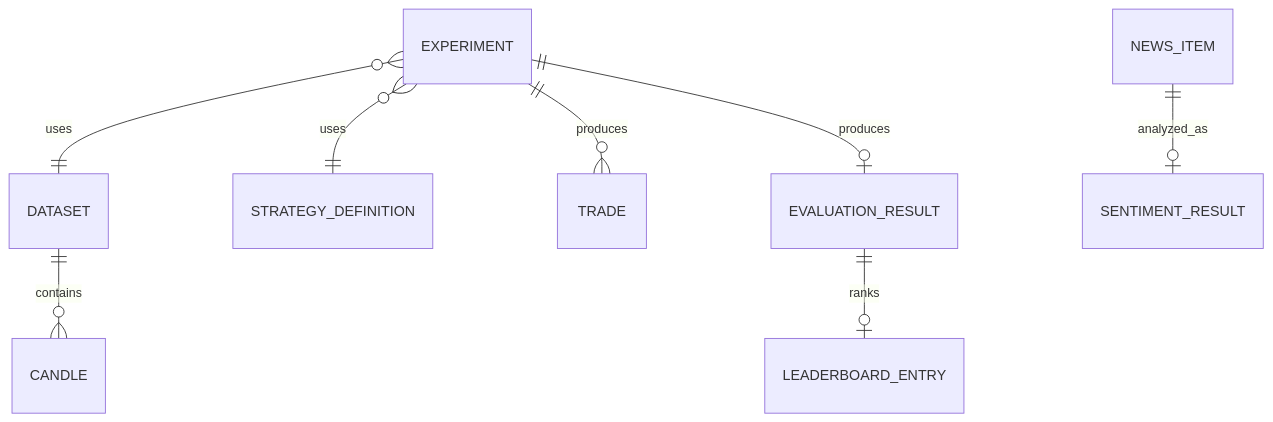
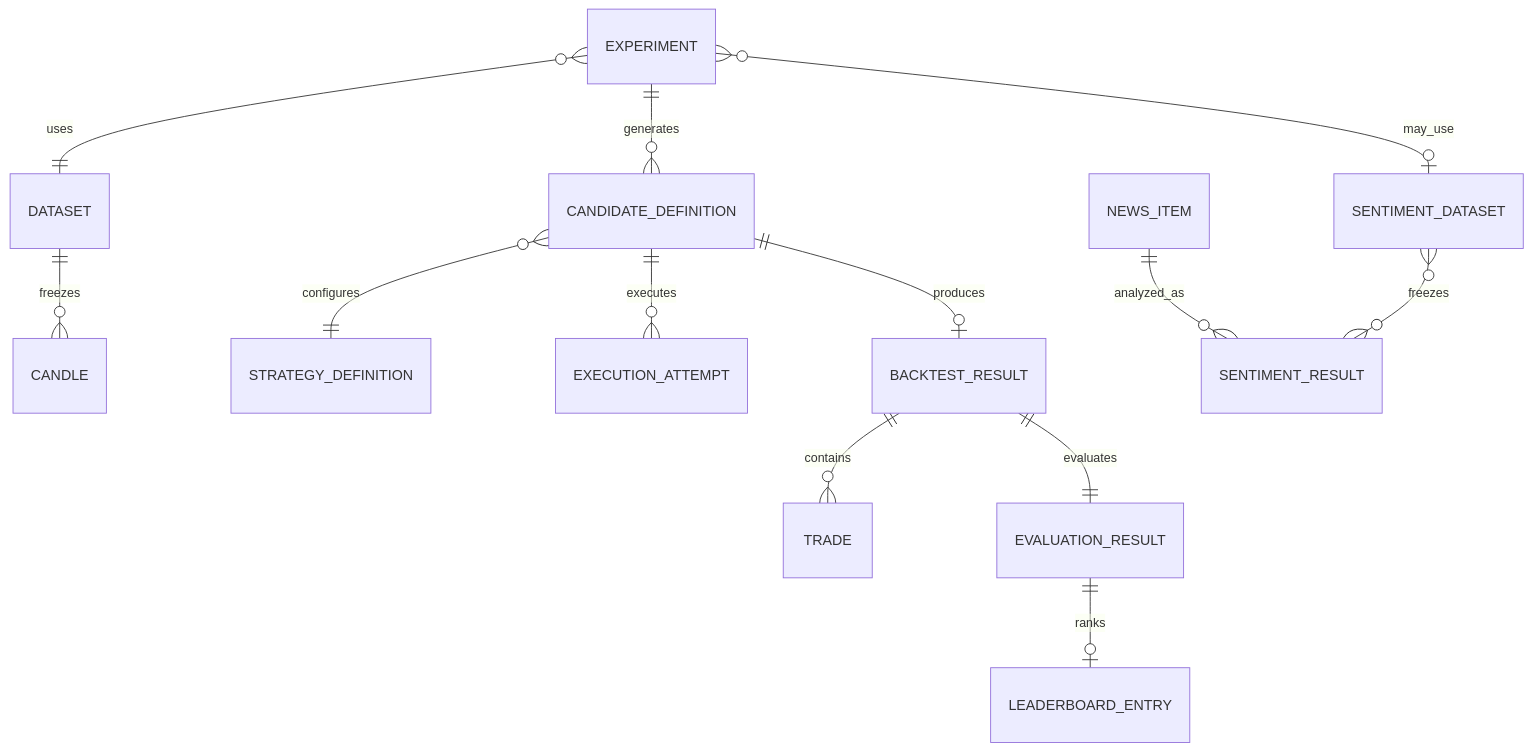
Before and after one commit to PhamVanMinhBinhThuan/crypto-strategy-platform: the diagram in docs/architecture/data-model-overview.md, drawn with Mermaid. The commit also changed other lines of this file and 31 other files, not shown here.

Commit message:
docs: complete architecture decisions and verification plan

````diff
--- a/docs/architecture/data-model-overview.md
+++ b/docs/architecture/data-model-overview.md
@@ -10,10 +11,15 @@
 ```mermaid
 erDiagram
-    DATASET ||--o{ CANDLE : contains
+    DATASET ||--o{ CANDLE : freezes
     EXPERIMENT }o--|| DATASET : uses
-    EXPERIMENT }o--|| STRATEGY_DEFINITION : uses
-    EXPERIMENT ||--o{ TRADE : produces
-    EXPERIMENT ||--o| EVALUATION_RESULT : produces
+    EXPERIMENT ||--o{ CANDIDATE_DEFINITION : generates
+    CANDIDATE_DEFINITION }o--|| STRATEGY_DEFINITION : configures
+    CANDIDATE_DEFINITION ||--o{ EXECUTION_ATTEMPT : executes
+    CANDIDATE_DEFINITION ||--o| BACKTEST_RESULT : produces
+    BACKTEST_RESULT ||--o{ TRADE : contains
+    BACKTEST_RESULT ||--|| EVALUATION_RESULT : evaluates
     EVALUATION_RESULT ||--o| LEADERBOARD_ENTRY : ranks
-    NEWS_ITEM ||--o| SENTIMENT_RESULT : analyzed_as
+    NEWS_ITEM ||--o{ SENTIMENT_RESULT : analyzed_as
+    EXPERIMENT }o--o| SENTIMENT_DATASET : may_use
+    SENTIMENT_DATASET }o--o{ SENTIMENT_RESULT : freezes
 ```
````
